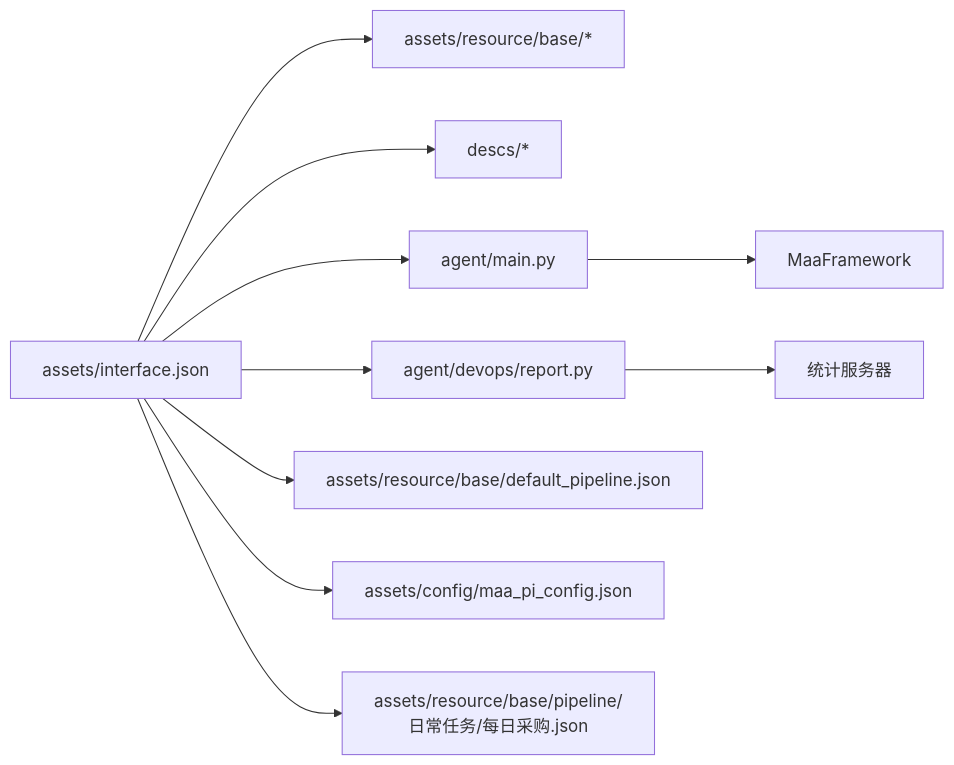
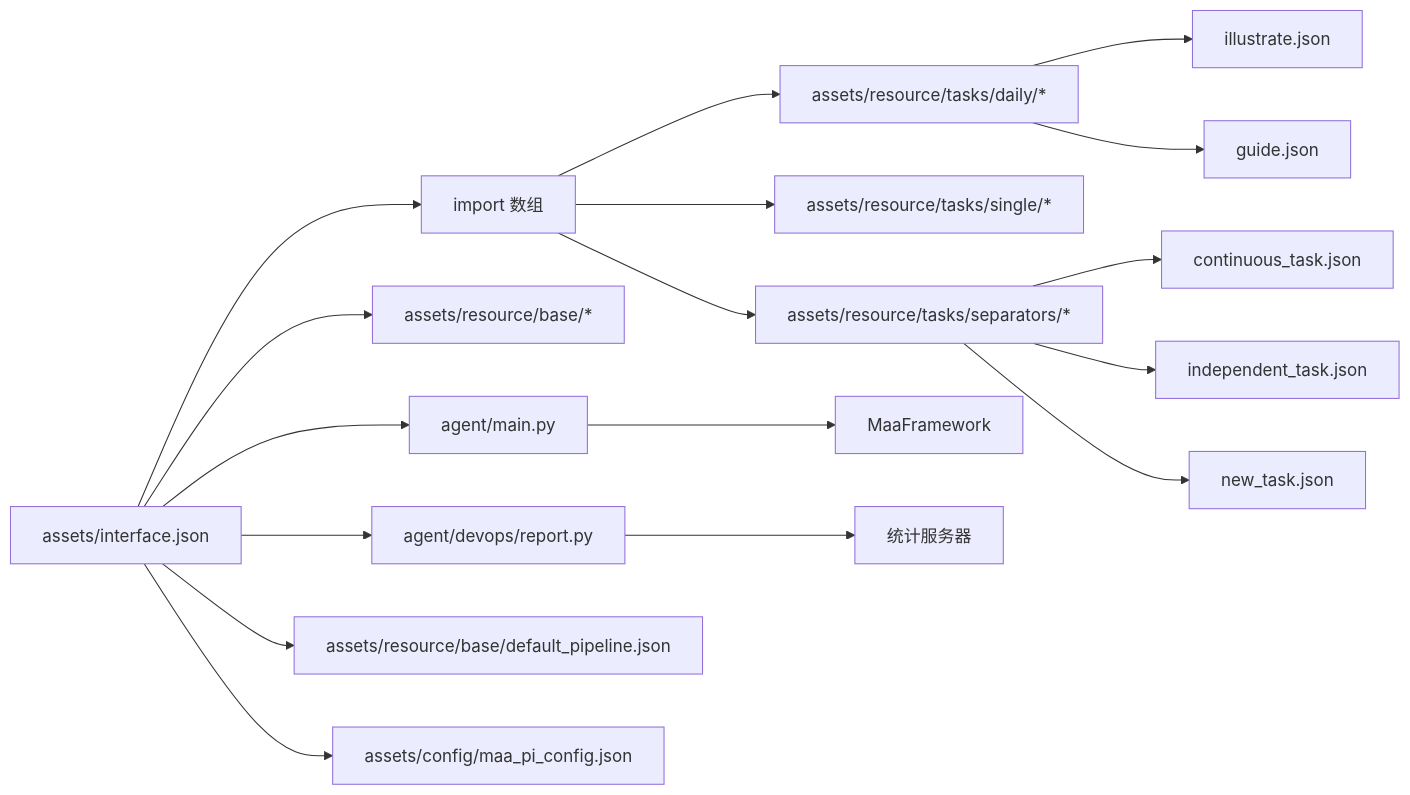
The eighth of 8 diagrams in .qoder/repowiki/zh/content/系统架构与设计/配置体系与资源管理/界面接口配置/界面接口配置.md (kqcoxn/MaaDuDuL), drawn with Mermaid before and after one commit. The commit also changed other lines of this file and 18 other files, not shown here.

````diff
--- a/.qoder/repowiki/zh/content/系统架构与设计/配置体系与资源管理/界面接口配置/界面接口配置.md
+++ b/.qoder/repowiki/zh/content/系统架构与设计/配置体系与资源管理/界面接口配置/界面接口配置.md
@@ -320,12 +443,19 @@
 ```mermaid
 graph LR
-IF["assets/interface.json"] --> RES["assets/resource/base/*"]
-IF --> DES["descs/*"]
+IF["assets/interface.json"] --> IMPORT["import 数组"]
+IMPORT --> DAILY["assets/resource/tasks/daily/*"]
+IMPORT --> SINGLE["assets/resource/tasks/single/*"]
+IMPORT --> SEPARATORS["assets/resource/tasks/separators/*"]
+IF --> RES["assets/resource/base/*"]
 IF --> AG["agent/main.py"]
 IF --> DEVOPS["agent/devops/report.py"]
 AG --> FW["MaaFramework"]
 DEVOPS --> SERVER["统计服务器"]
 IF --> PIPE["assets/resource/base/default_pipeline.json"]
 IF --> CFG["assets/config/maa_pi_config.json"]
-IF --> PURCHASE_PIPE["assets/resource/base/pipeline/日常任务/每日采购.json"]
+DAILY --> ILLUSTRATE["illustrate.json"]
+DAILY --> GUIDE["guide.json"]
+SEPARATORS --> CONTINUOUS["continuous_task.json"]
+SEPARATORS --> INDEPENDENT["independent_task.json"]
+SEPARATORS --> NEW["new_task.json"]
 ```
````
